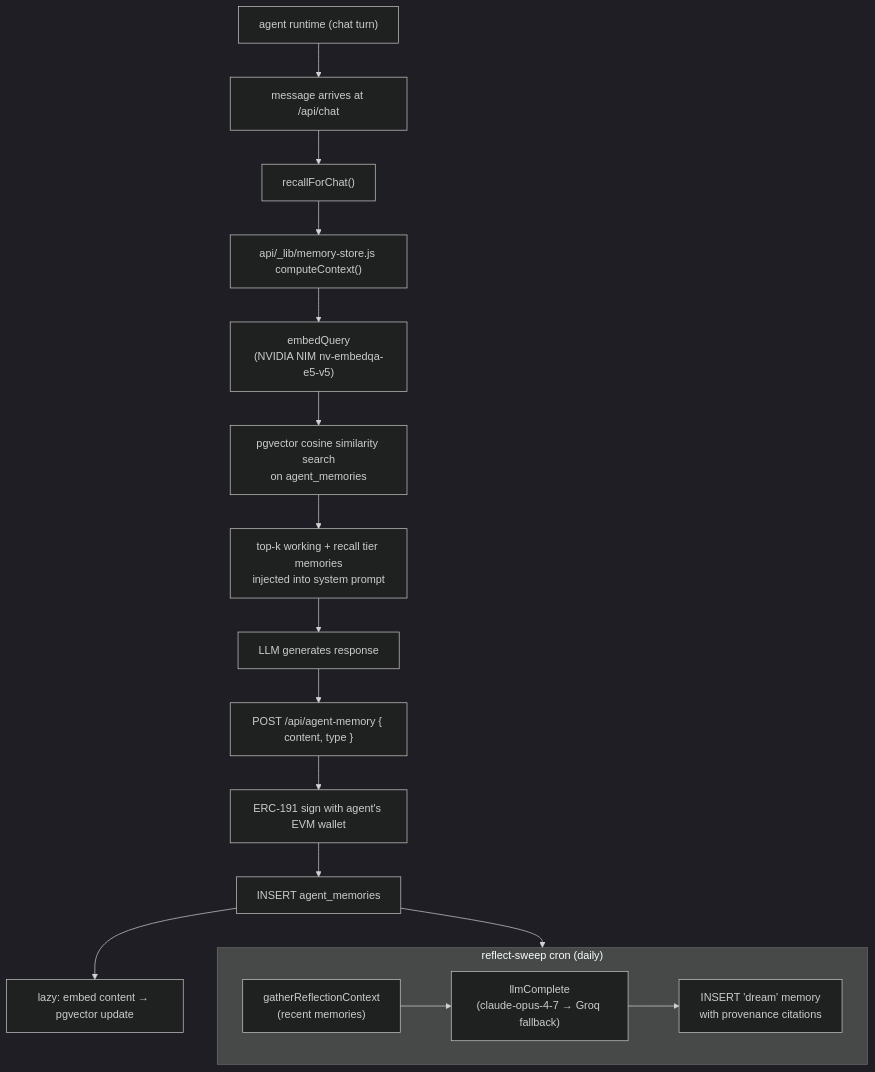
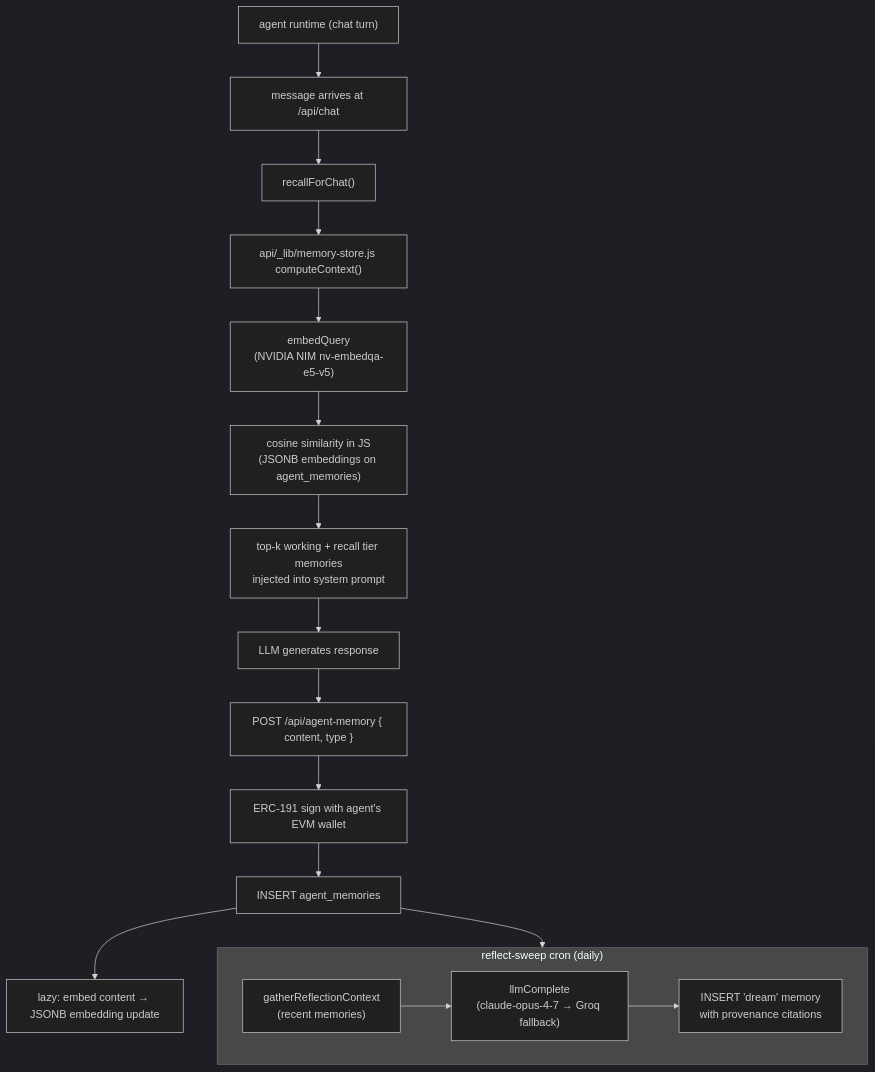
Before and after one commit to NorthernAI-coder/three.ws: diagram 20 of 22 in ARCHITECTURE.md, drawn with Mermaid (dark theme). The commit also changed other lines of this file and 12 other files, not shown here.

````diff
--- a/ARCHITECTURE.md
+++ b/ARCHITECTURE.md
@@ -2084,23 +2032,23 @@
 ```mermaid
 flowchart TD
     A["agent runtime (chat turn)"] --> B["message arrives at /api/chat"]
     B --> C["recallForChat()"]
     C --> D["api/_lib/memory-store.js computeContext()"]
     D --> E["embedQuery\n(NVIDIA NIM nv-embedqa-e5-v5)"]
-    E --> F["pgvector cosine similarity search\non agent_memories"]
+    E --> F["cosine similarity in JS\n(JSONB embeddings on agent_memories)"]
     F --> G["top-k working + recall tier memories\ninjected into system prompt"]
     G --> H["LLM generates response"]
     H --> I["POST /api/agent-memory { content, type }"]
     I --> J["ERC-191 sign with agent's EVM wallet"]
     J --> K["INSERT agent_memories"]
-    K --> L["lazy: embed content → pgvector update"]
+    K --> L["lazy: embed content → JSONB embedding update"]
 
     subgraph Reflect["reflect-sweep cron (daily)"]
         R1["gatherReflectionContext\n(recent memories)"]
         R2["llmComplete\n(claude-opus-4-7 → Groq fallback)"]
         R3["INSERT 'dream' memory\nwith provenance citations"]
         R1 --> R2 --> R3
     end
 
     K --> Reflect
 ```
````
